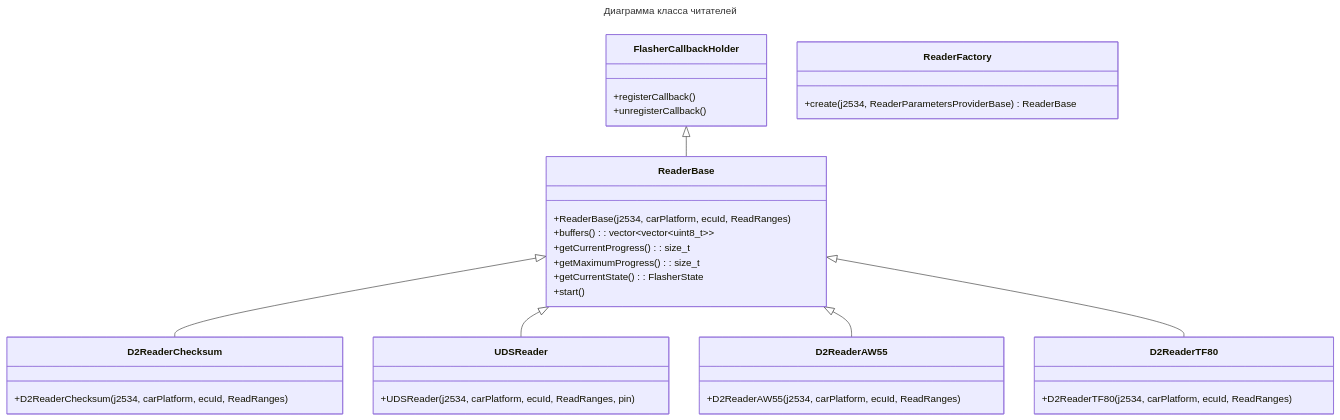
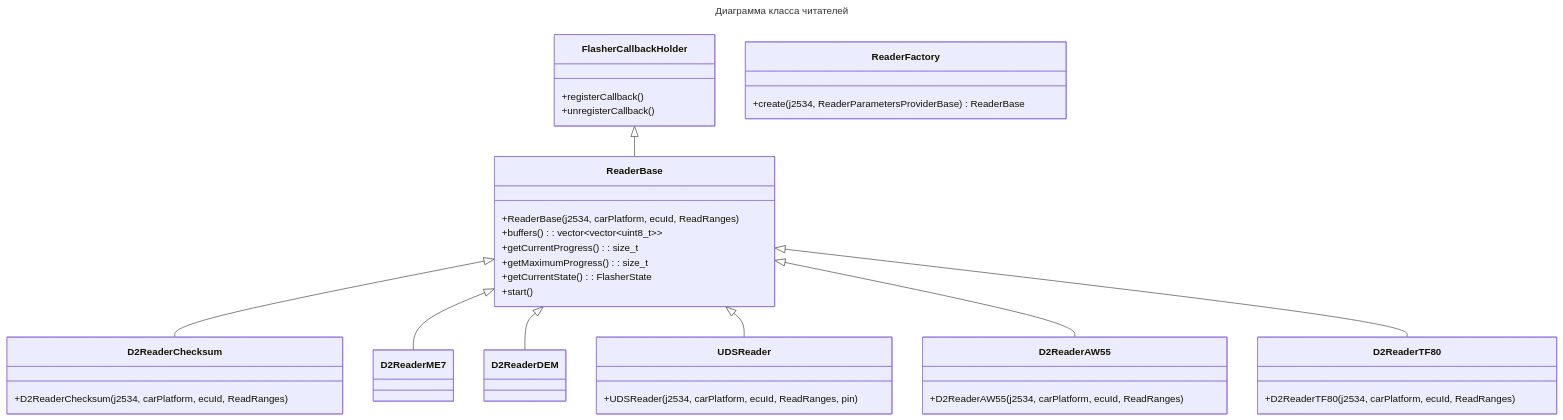
The diagram in docs/tech_specs/ecu_reading.md (prometey1982/VolvoTools), drawn with Mermaid before and after one commit. The commit also changed other lines of this file and 8 other files, not shown here.

````diff
--- a/docs/tech_specs/ecu_reading.md
+++ b/docs/tech_specs/ecu_reading.md
@@ -11,38 +11,40 @@
 ```mermaid
 ---
 title: Диаграмма класса читателей
 ---
 classDiagram
     FlasherCallbackHolder <|-- ReaderBase
     ReaderBase <|-- D2ReaderChecksum
+    ReaderBase <|-- D2ReaderME7
+    ReaderBase <|-- D2ReaderDEM
     ReaderBase <|-- UDSReader
     ReaderBase <|-- D2ReaderAW55
     ReaderBase <|-- D2ReaderTF80
     class FlasherCallbackHolder {
         +registerCallback()
         +unregisterCallback()
     }
     class ReaderBase {
         +ReaderBase(j2534, carPlatform, ecuId, ReadRanges)
         +buffers(): vector~vector~uint8_t~~
         +getCurrentProgress(): size_t
         +getMaximumProgress(): size_t
         +getCurrentState(): FlasherState
         +start()
     }
     class D2ReaderChecksum {
         +D2ReaderChecksum(j2534, carPlatform, ecuId, ReadRanges)
     }
     class UDSReader {
         +UDSReader(j2534, carPlatform, ecuId, ReadRanges, pin)
     }
     class D2ReaderAW55 {
         +D2ReaderAW55(j2534, carPlatform, ecuId, ReadRanges)
     }
     class D2ReaderTF80 {
         +D2ReaderTF80(j2534, carPlatform, ecuId, ReadRanges)
     }
     class ReaderFactory {
         +create(j2534, ReaderParametersProviderBase) ReaderBase
     }
 ```
````
